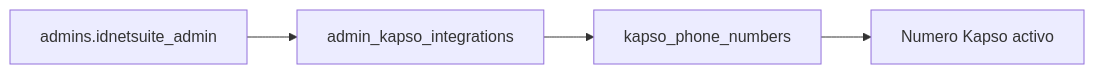
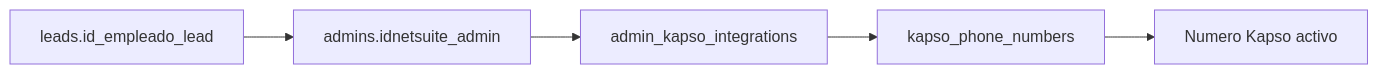
Before and after one commit to roccacr/CRM_VENTAS: the fourth of 8 diagrams in README.md, drawn with Mermaid. The commit also changed other lines of this file and 8 other files, not shown here.

Commit message:
Update Kapso flow docs and no-response handling

````diff
--- a/README.md
+++ b/README.md
@@ -140,6 +215,7 @@
 ```mermaid
 flowchart LR
-  A["admins.idnetsuite_admin"] --> B["admin_kapso_integrations"]
-  B --> C["kapso_phone_numbers"]
-  C --> D["Numero Kapso activo"]
+  A["leads.id_empleado_lead"] --> B["admins.idnetsuite_admin"]
+  B --> C["admin_kapso_integrations"]
+  C --> D["kapso_phone_numbers"]
+  D --> E["Numero Kapso activo"]
 ```
````
